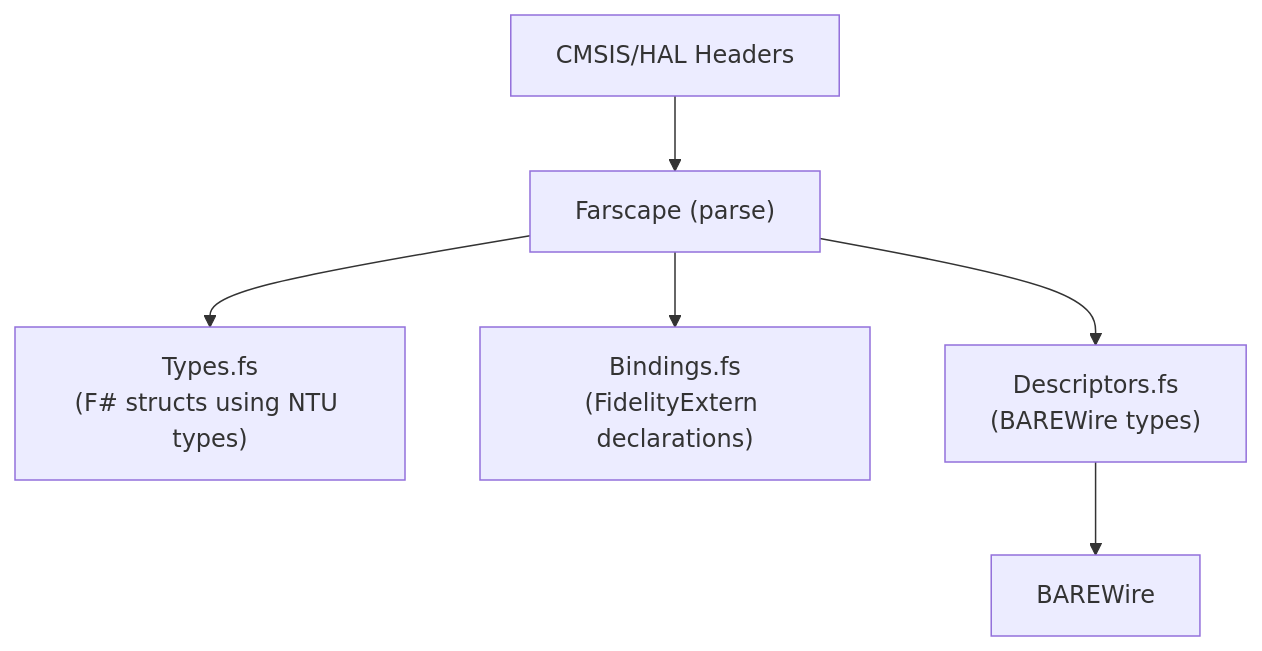
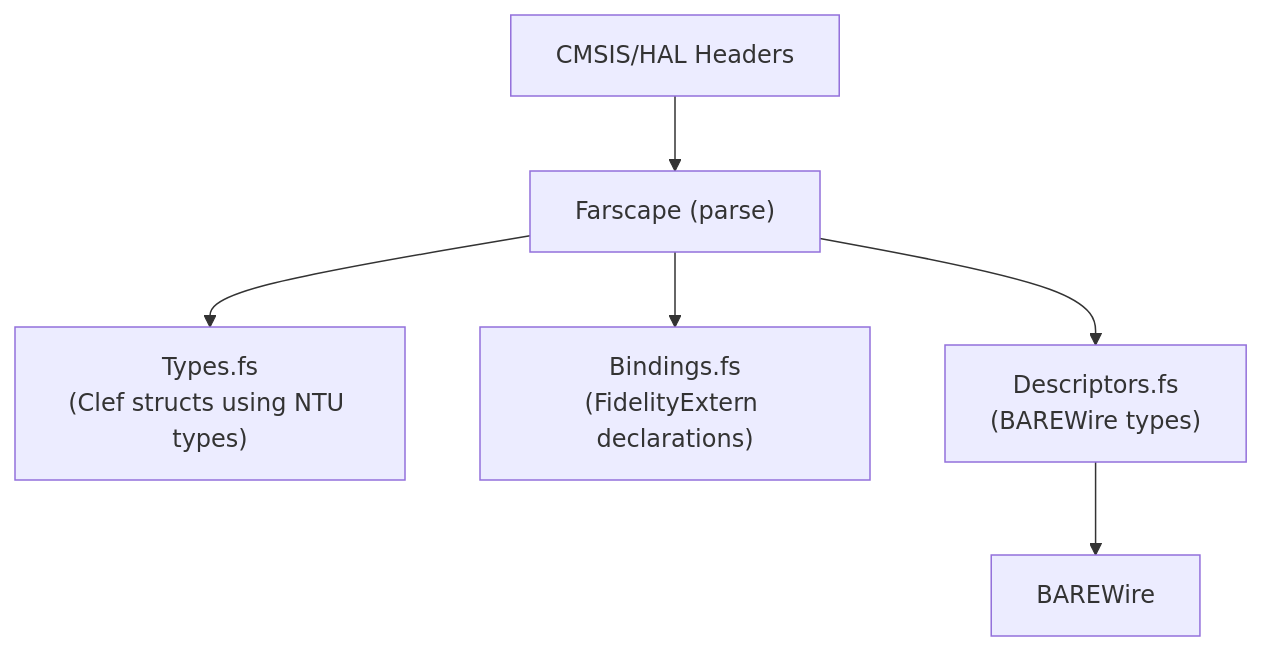
Before and after one commit to FidelityFramework/Farscape: the diagram in docs/02_BAREWire_Integration.md, drawn with Mermaid. The commit also changed other lines of this file and 34 other files, not shown here.

````diff
--- a/docs/02_BAREWire_Integration.md
+++ b/docs/02_BAREWire_Integration.md
@@ -11,8 +11,8 @@
 ```mermaid
 flowchart TD
     A["CMSIS/HAL Headers"] --> B["Farscape (parse)"]
-    B --> C["Types.fs<br/>(F# structs using NTU types)"]
+    B --> C["Types.fs<br/>(Clef structs using NTU types)"]
     B --> D["Bindings.fs<br/>(FidelityExtern declarations)"]
     B --> E["Descriptors.fs<br/>(BAREWire types)"]
     E --> F["BAREWire"]
 ```
````
